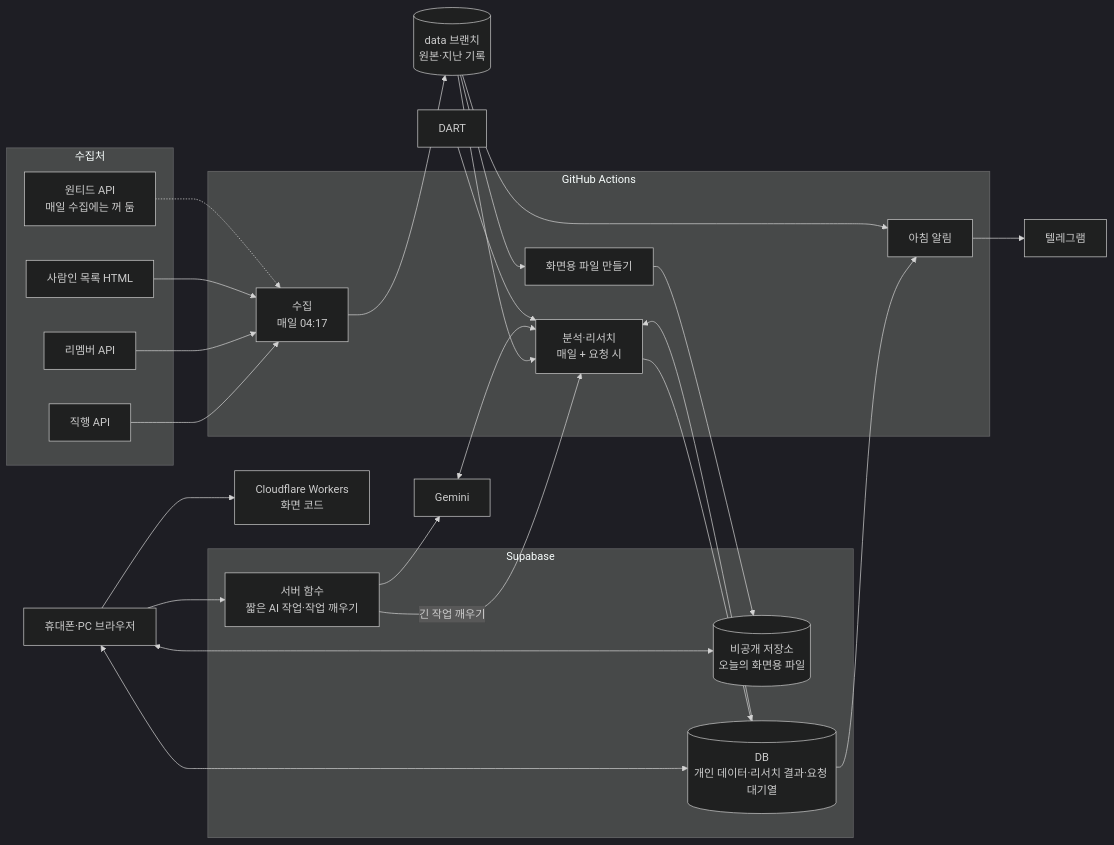
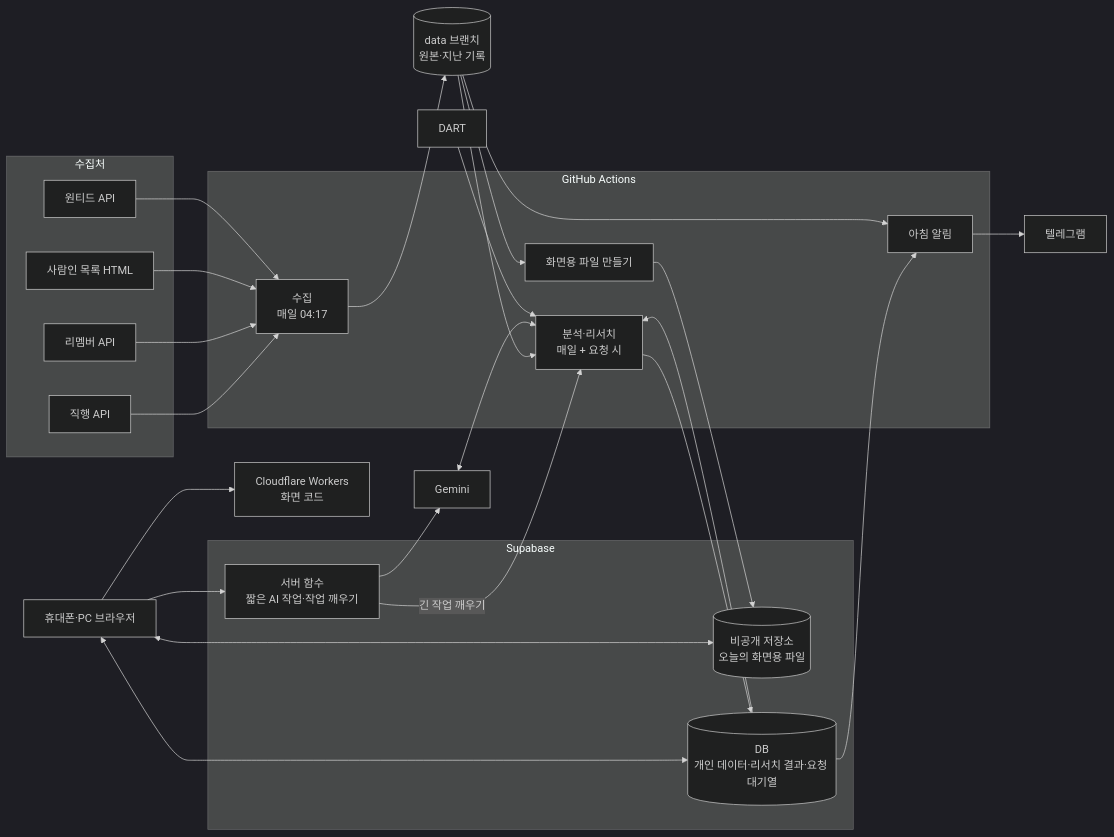
One commit to GIT-SUNGWONCHO/job_posting changed the diagram in docs/architecture.md. Above: the diagram before and after it, drawn with Mermaid (dark theme). The commit also changed 5 other files, not shown here.

````diff
--- a/docs/architecture.md
+++ b/docs/architecture.md
@@ -9,47 +9,47 @@
 ```mermaid
 flowchart LR
   subgraph 수집처
     Z[직행 API]
     R[리멤버 API]
     S[사람인 목록 HTML]
-    W[원티드 API<br/>매일 수집에는 꺼 둠]
+    W[원티드 API]
   end
   subgraph GitHub Actions
     C[수집<br/>매일 04:17]
     A[분석·리서치<br/>매일 + 요청 시]
     B[화면용 파일 만들기]
     K[아침 알림]
   end
   D[(data 브랜치<br/>원본·지난 기록)]
   subgraph Supabase
     ST[(비공개 저장소<br/>오늘의 화면용 파일)]
     DB[(DB<br/>개인 데이터·리서치 결과·요청 대기열)]
     F[서버 함수<br/>짧은 AI 작업·작업 깨우기]
   end
   G[Gemini]
   DART[DART]
   P[Cloudflare Workers<br/>화면 코드]
   U[휴대폰·PC 브라우저]
   KT[텔레그램]
 
   Z --> C
   R --> C
   S --> C
-  W -.-> C
+  W --> C
   C --> D
   D --> A
   DB --> A
   G <--> A
   DART --> A
   A --> DB
   D --> B --> ST
   U --> P
   U <--> ST
   U <--> DB
   U --> F
   F --> G
   F -- 긴 작업 깨우기 --> A
   DB --> K
   D --> K
   K --> KT
 ```
````
